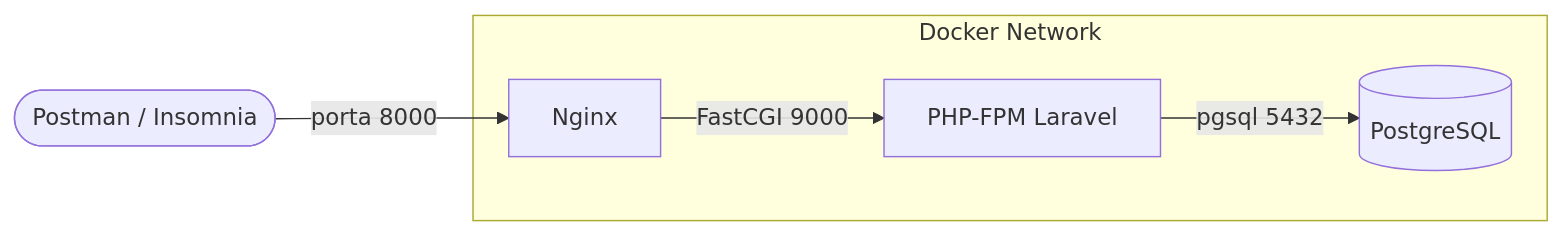
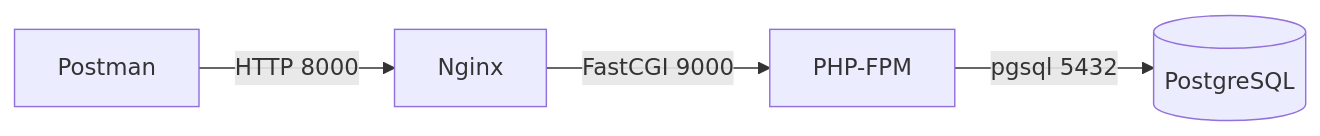
Before and after one commit to DarioCampagnaCoutinho/api-tasks: the fourth of 4 diagrams in README.md, drawn with Mermaid. The commit also changed other lines of this file, not shown here.

````diff
--- a/README.md
+++ b/README.md
@@ -112,9 +106,6 @@
 ```mermaid
 graph LR
-    CLIENT([Postman / Insomnia]) -->|porta 8000| NGINX[Nginx]
-
-    subgraph Docker Network
-        NGINX -->|FastCGI 9000| APP[PHP-FPM Laravel]
-        APP -->|pgsql 5432| DB[(PostgreSQL)]
-    end
+    A[Postman] -->|HTTP 8000| B[Nginx]
+    B -->|FastCGI 9000| C[PHP-FPM]
+    C -->|pgsql 5432| D[(PostgreSQL)]
 ```
````
